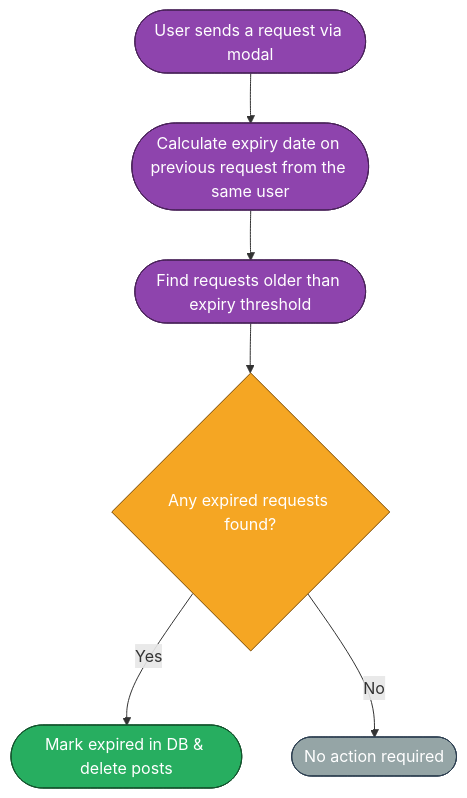
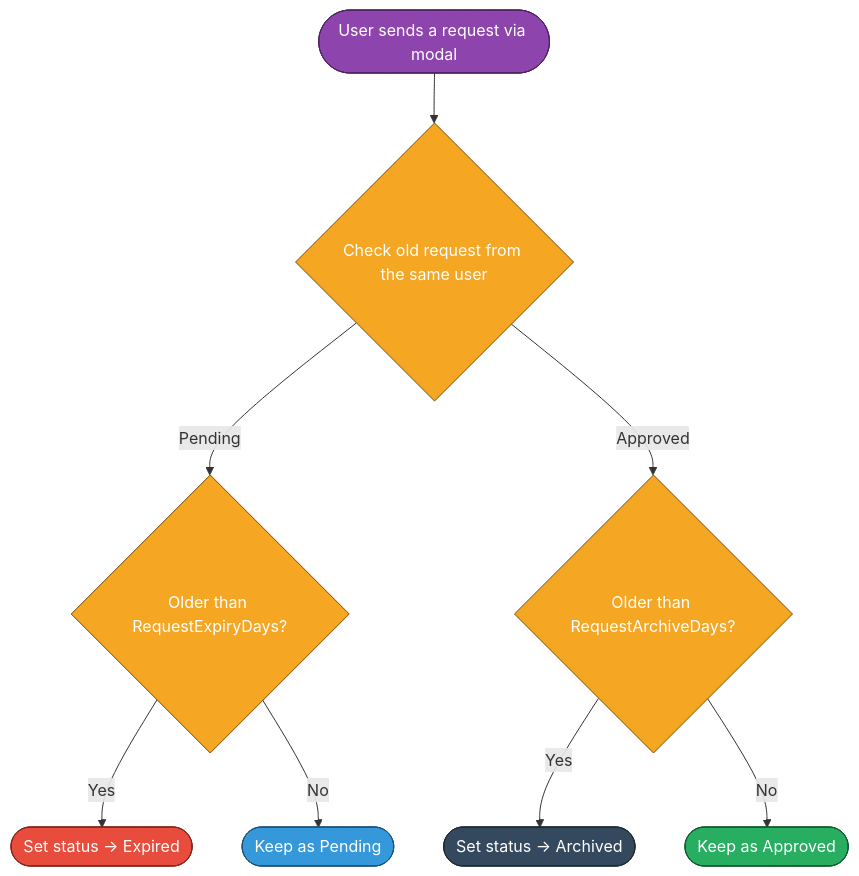
The fourth of 4 diagrams in GitAssets/docs/Lfp-Lft System.md (MonishKrishna2009/Apatite-Bot), drawn with Mermaid before and after one commit. The commit also changed 3 other files, not shown here.

Commit message:
feat: implement on-demand cleanup for expired and archived LFP/LFT requests

````diff
--- a/GitAssets/docs/Lfp-Lft System.md
+++ b/GitAssets/docs/Lfp-Lft System.md
@@ -82,14 +82,20 @@
 ```mermaid
 flowchart TD
-    A([User sends a request via modal]):::process --> B([Calculate expiry date on previous request from the same user]):::process
-    B --> C([Find requests older than expiry threshold]):::process
-    C --> D{Any expired requests found?}:::decision
-    D -- Yes --> E([Mark expired in DB & delete posts]):::success
-    D -- No --> F([No action required]):::neutral
+    A([User sends a request via modal]):::process --> B{Check old request from the same user}:::decision
+
+    B -- Pending --> C{Older than RequestExpiryDays?}:::decision
+    C -- Yes --> D([Set status → Expired]):::expired
+    C -- No --> E([Keep as Pending]):::pending
+
+    B -- Approved --> F{Older than RequestArchiveDays?}:::decision
+    F -- Yes --> G([Set status → Archived]):::archived
+    F -- No --> H([Keep as Approved]):::approved
 
     %% Styles
     classDef process fill:#8E44AD,stroke:#4A235A,color:#fff;
     classDef decision fill:#F5A623,stroke:#7A4A00,color:#fff;
-    classDef success fill:#27AE60,stroke:#14532D,color:#fff;
-    classDef neutral fill:#95A5A6,stroke:#2C3E50,color:#fff;
+    classDef expired fill:#E74C3C,stroke:#7B241C,color:#fff;
+    classDef archived fill:#34495E,stroke:#1C2833,color:#fff;
+    classDef pending fill:#3498DB,stroke:#1B4F72,color:#fff;
+    classDef approved fill:#27AE60,stroke:#14532D,color:#fff;
 ```
````
